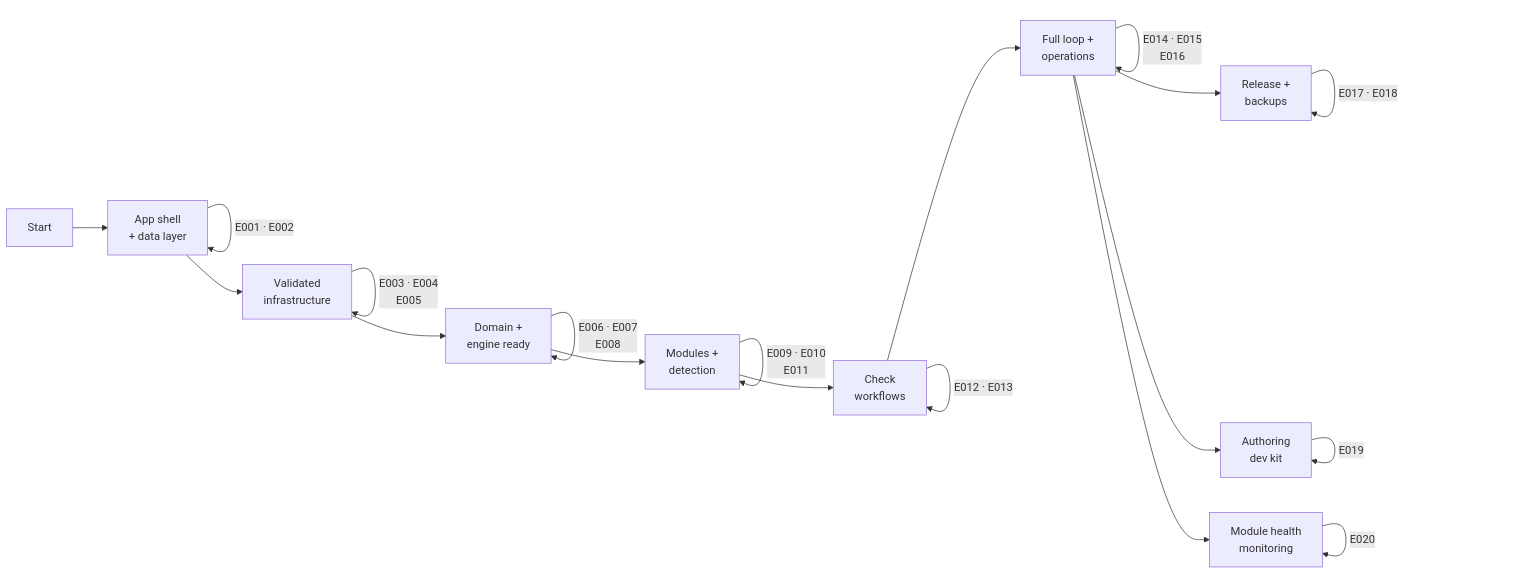
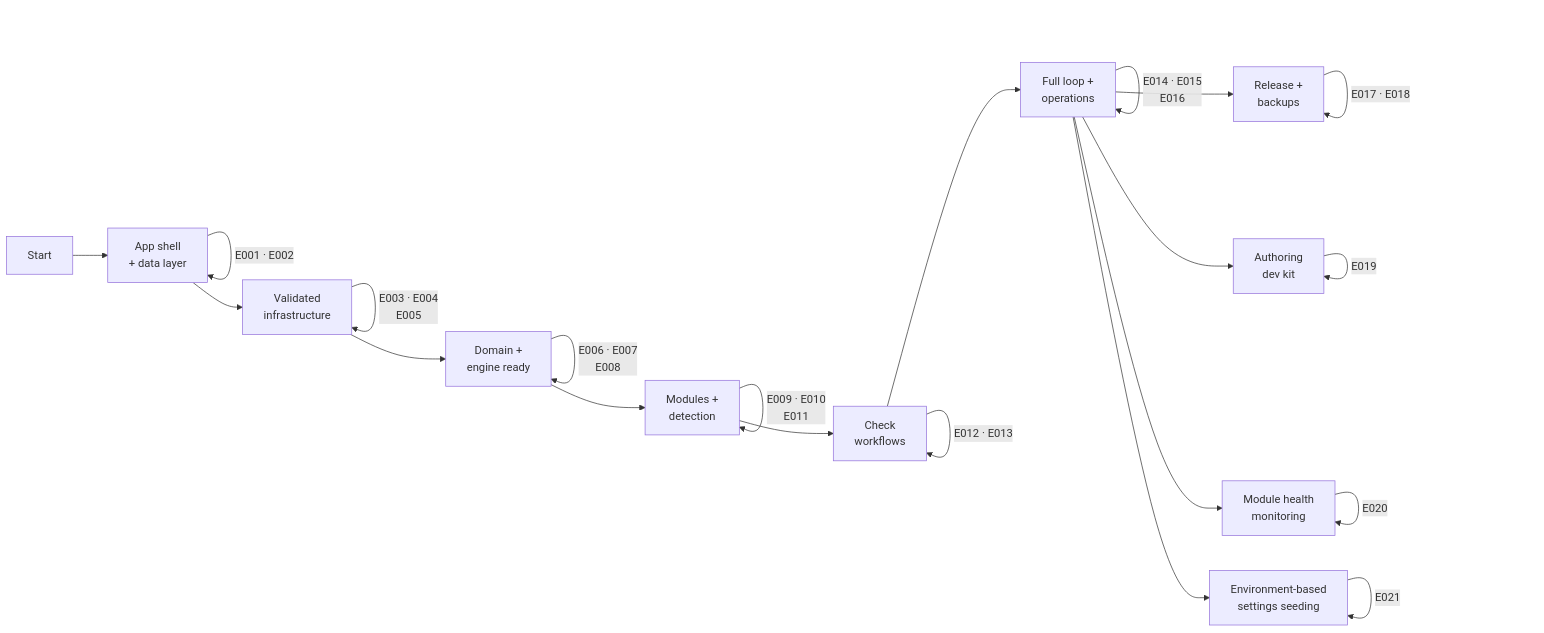
One commit to attilaszasz/Binocular changed the diagram in specs/project-plan.md. Above: the diagram before and after it, drawn with Mermaid. The commit also changed other lines of this file and 5 other files, not shown here.

````diff
--- a/specs/project-plan.md
+++ b/specs/project-plan.md
@@ -86,29 +92,32 @@
 ```mermaid
 graph LR
     START["Start"] --> M1["App shell<br>+ data layer"]
     M1 -->|"E001 · E002"| M1
 
     M1 --> M2["Validated<br>infrastructure"]
     M2 -->|"E003 · E004<br>E005"| M2
 
     M2 --> M3["Domain +<br>engine ready"]
     M3 -->|"E006 · E007<br>E008"| M3
 
     M3 --> M4["Modules +<br>detection"]
     M4 -->|"E009 · E010<br>E011"| M4
 
     M4 --> M5["Check<br>workflows"]
     M5 -->|"E012 · E013"| M5
 
     M5 --> M6["Full loop +<br>operations"]
     M6 -->|"E014 · E015<br>E016"| M6
 
     M6 --> M7["Release +<br>backups"]
     M7 -->|"E017 · E018"| M7
 
     M6 --> M8["Authoring<br>dev kit"]
     M8 -->|"E019"| M8
 
     M6 --> M9["Module health<br>monitoring"]
     M9 -->|"E020"| M9
+
+    M6 --> M10["Environment-based<br>settings seeding"]
+    M10 -->|"E021"| M10
 ```
````
